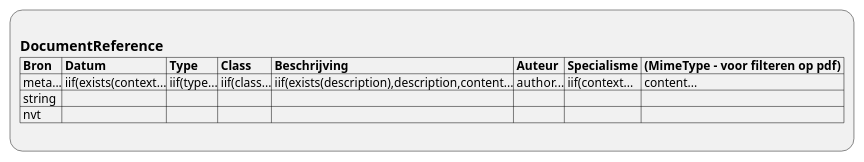
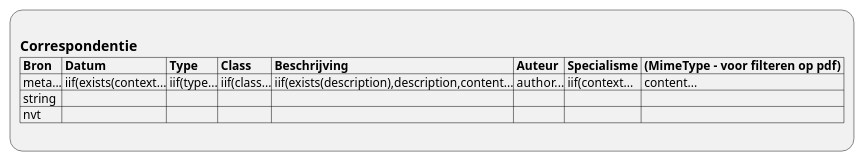
Before and after one commit to RIVO-Noord/zorgviewer-ig: the diagram in input/images-source/ViewDefinition-DocumentReference.plantuml, drawn with PlantUML. The commit also changed 18 other files, not shown here.

```diff
--- a/input/images-source/ViewDefinition-DocumentReference.plantuml
+++ b/input/images-source/ViewDefinition-DocumentReference.plantuml
@@ -1,9 +1,9 @@
 @startuml ViewDefinition-DocumentReference
 :
-== DocumentReference
+== Correspondentie
 |= Bron |= Datum |= Type |= Class |= Beschrijving |= Auteur |= Specialisme |= (MimeType - voor filteren op pdf) |
 | meta...| iif(exists(context...| iif(type...| iif(class...| iif(exists(description),description,content...| author...| iif(context...| content...|
 | string |  |  |  |  |  |  |  |
 | nvt ||||||||
 ;
 @enduml
```
